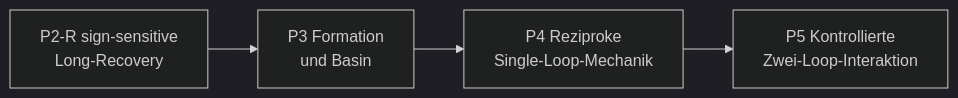
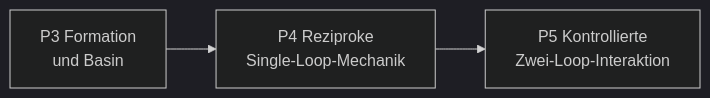
One commit to MemoryDynamics/Knoten changed the diagram in docs/status/project_priorities.md. Above: the diagram before and after it, drawn with Mermaid (dark theme). The commit also changed other lines of this file and 7 other files, not shown here.

````diff
--- a/docs/status/project_priorities.md
+++ b/docs/status/project_priorities.md
@@ -36,9 +37,8 @@
 ```mermaid
 flowchart LR
-    p2r["P2-R sign-sensitive<br/>Long-Recovery"]
     p3["P3 Formation<br/>und Basin"]
     p4["P4 Reziproke<br/>Single-Loop-Mechanik"]
     p5["P5 Kontrollierte<br/>Zwei-Loop-Interaktion"]
 
-    p2r --> p3 --> p4 --> p5
+    p3 --> p4 --> p5
 ```
````
